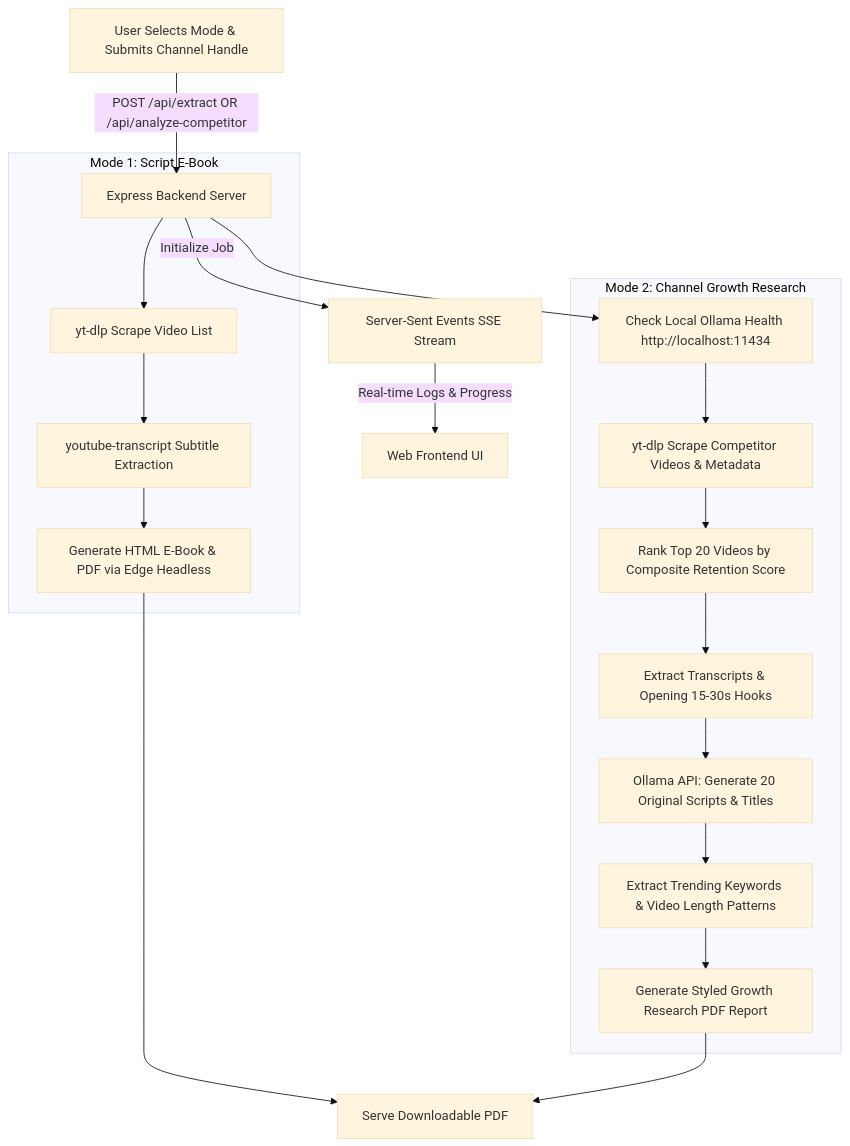
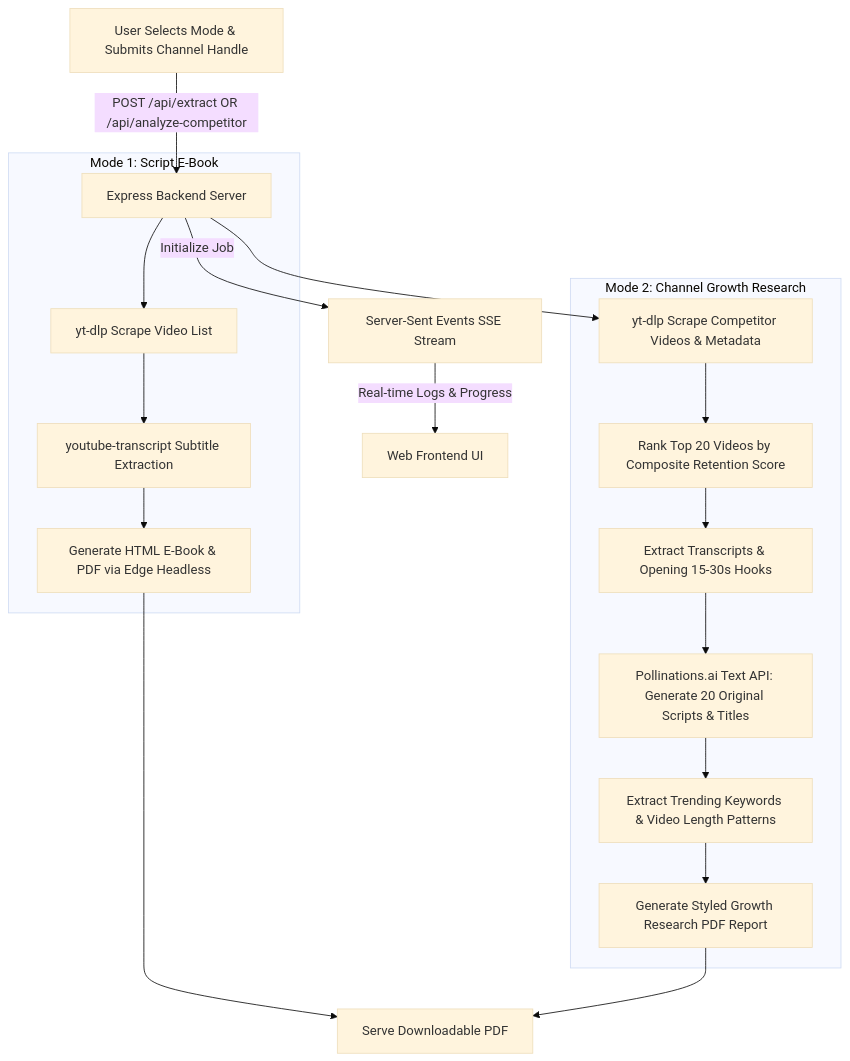
The diagram in README.md (sonuukush/YouTube-Script-PDF-Generator), drawn with Mermaid (base theme) before and after one commit. The commit also changed other lines of this file and 6 other files, not shown here.

Commit message:
Replace Ollama with Pollinations.ai free cloud text API for Channel Growth Research

````diff
--- a/README.md
+++ b/README.md
@@ -40,25 +40,24 @@
 ```mermaid
 flowchart TD
     A[User Selects Mode & Submits Channel Handle] -->|POST /api/extract OR /api/analyze-competitor| B[Express Backend Server]
     B -->|Initialize Job| C[Server-Sent Events SSE Stream]
     C -->|Real-time Logs & Progress| UI[Web Frontend UI]
     
     subgraph Mode 1: Script E-Book
         B --> D[yt-dlp Scrape Video List]
         D --> E[youtube-transcript Subtitle Extraction]
         E --> F[Generate HTML E-Book & PDF via Edge Headless]
     end
 
     subgraph Mode 2: Channel Growth Research
-        B --> G[Check Local Ollama Health http://localhost:11434]
-        G --> H[yt-dlp Scrape Competitor Videos & Metadata]
+        B --> H[yt-dlp Scrape Competitor Videos & Metadata]
         H --> I[Rank Top 20 Videos by Composite Retention Score]
         I --> J[Extract Transcripts & Opening 15-30s Hooks]
-        J --> K[Ollama API: Generate 20 Original Scripts & Titles]
+        J --> K[Pollinations.ai Text API: Generate 20 Original Scripts & Titles]
         K --> L[Extract Trending Keywords & Video Length Patterns]
         L --> M[Generate Styled Growth Research PDF Report]
     end
 
     F --> N[Serve Downloadable PDF]
     M --> N
 ```
````
